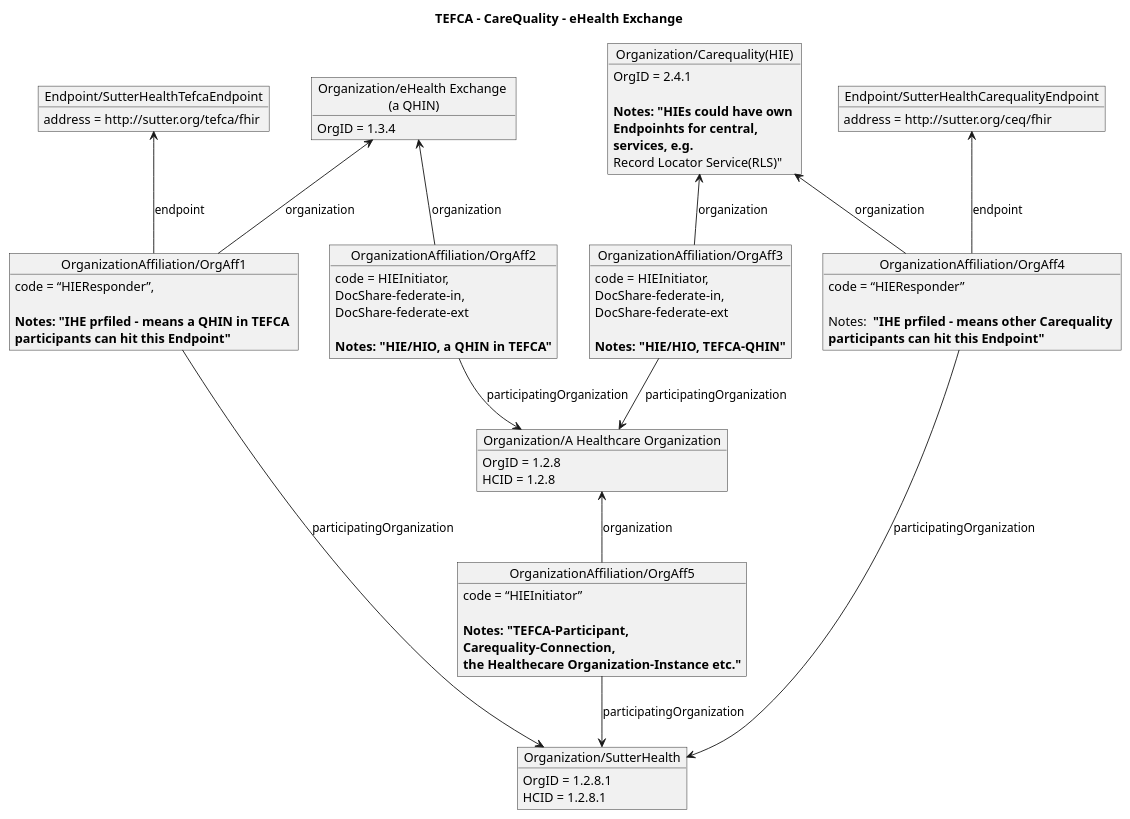
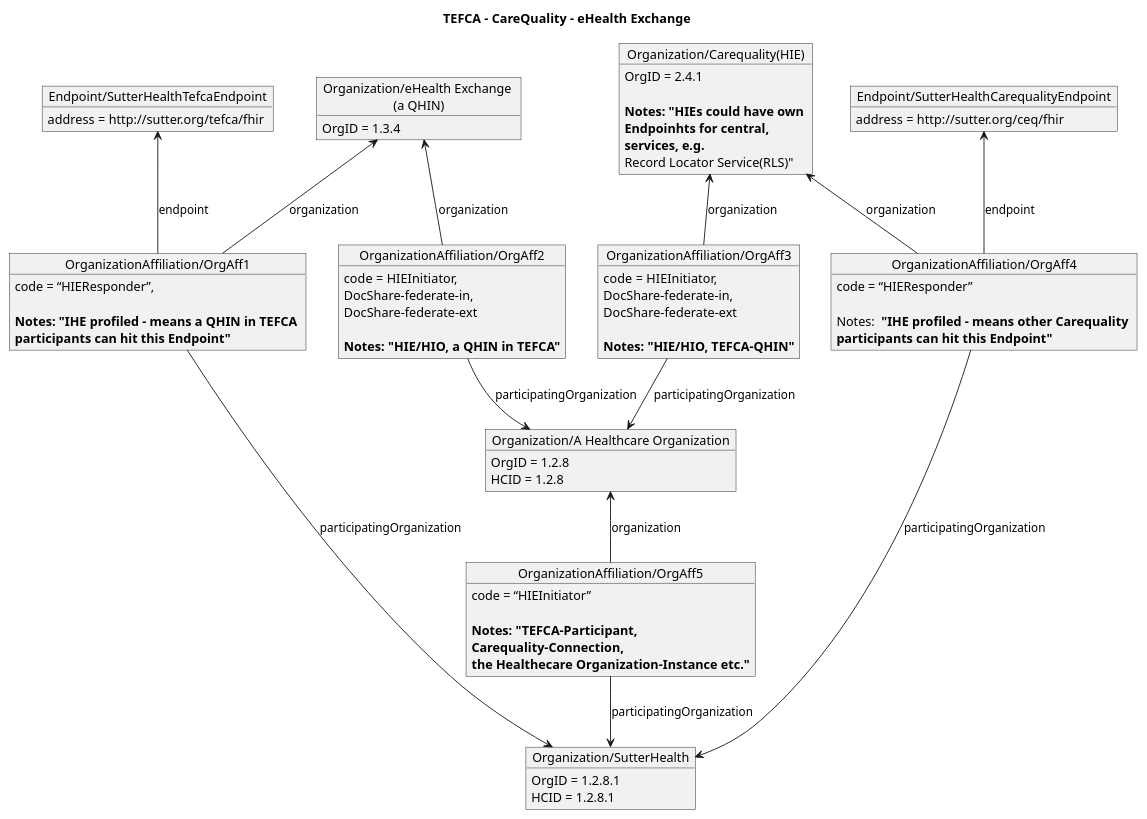
The diagram in input/images-source/OrganizationAffiliationIHE4.plantuml (HL7/fhir-us-ndh), drawn with PlantUML before and after one commit. The commit also changed 3 other files, not shown here.

```diff
--- a/input/images-source/OrganizationAffiliationIHE4.plantuml
+++ b/input/images-source/OrganizationAffiliationIHE4.plantuml
@@ -1,59 +1,59 @@
 @startuml 
 
 title "TEFCA - CareQuality - eHealth Exchange"
 object "Organization/eHealth Exchange \n(a QHIN)" as tefca
 tefca : OrgID = 1.3.4
 
 object "Endpoint/SutterHealthTefcaEndpoint" as tefcaEp
 tefcaEp : address = http://sutter.org/tefca/fhir
 
 object "Organization/Carequality(HIE)" as carequality
 carequality : OrgID = 2.4.1\n
 carequality : <b>Notes: "HIEs could have own \n<b>Endpoinhts for central, \n<b>services, e.g. \nRecord Locator Service(RLS)"
 
 object "Endpoint/SutterHealthCarequalityEndpoint" as carequalityEp
 carequalityEp : address = http://sutter.org/ceq/fhir
 
 object "Organization/SutterHealth" as sutter
 sutter : OrgID = 1.2.8.1
 sutter : HCID = 1.2.8.1
 
 object "OrganizationAffiliation/OrgAff1" as OrgAff1
 OrgAff1 : code = “HIEResponder”, \n
-OrgAff1 : <b>Notes: "IHE prfiled - means a QHIN in TEFCA \n<b>participants can hit this Endpoint"
+OrgAff1 : <b>Notes: "IHE profiled - means a QHIN in TEFCA \n<b>participants can hit this Endpoint"
 OrgAff1 -down-> sutter : participatingOrganization
 OrgAff1 -up-> tefca : organization
 OrgAff1 -up-> tefcaEp : endpoint
 
 object "OrganizationAffiliation/OrgAff2" as OrgAff2
 OrgAff2 : code = HIEInitiator, \nDocShare-federate-in, \nDocShare-federate-ext\n
 OrgAff2 : <b>Notes: "HIE/HIO, a QHIN in TEFCA"</b>
 OrgAff2 -up-> tefca : organization
 
 
 object "Organization/A Healthcare Organization" as epic 
 epic : OrgID = 1.2.8
 epic : HCID = 1.2.8
 OrgAff2 -down-> epic : participatingOrganization
 
 object "OrganizationAffiliation/OrgAff3" as OrgAff3
 OrgAff3 : code = HIEInitiator,\nDocShare-federate-in, \nDocShare-federate-ext \n
 OrgAff3 : <b>Notes: "HIE/HIO, TEFCA-QHIN"</b>
 OrgAff3 -down-> epic : participatingOrganization
 OrgAff3 -up-> carequality : organization
 
 object "OrganizationAffiliation/OrgAff4" as OrgAff4
 OrgAff4 : code = “HIEResponder”\n
-OrgAff4 : Notes: <b> "IHE prfiled - means other Carequality \n<b>participants can hit this Endpoint"
+OrgAff4 : Notes: <b> "IHE profiled - means other Carequality \n<b>participants can hit this Endpoint"
 OrgAff4 -down-> sutter : participatingOrganization
 OrgAff4 -up-> carequality : organization
 OrgAff4 -up-> carequalityEp : endpoint
 
 object "OrganizationAffiliation/OrgAff5" as OrgAff5
 OrgAff5 : code = “HIEInitiator”\n
 OrgAff5 : <b>Notes: "TEFCA-Participant, \n<b>Carequality-Connection, \n<b>the Healthecare Organization-Instance etc."
 OrgAff5 -up-> epic : organization
 OrgAff5 -down-> sutter : participatingOrganization
 
 
 @enduml
```
